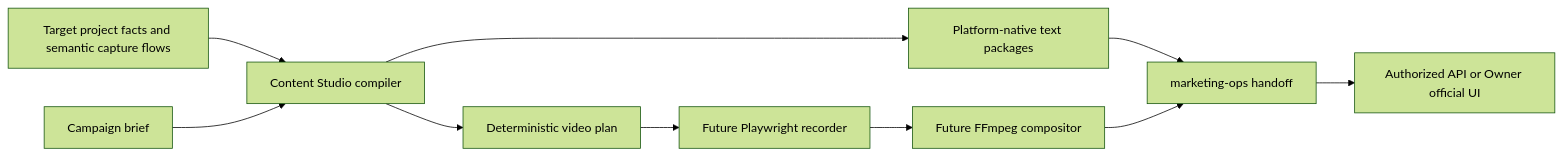
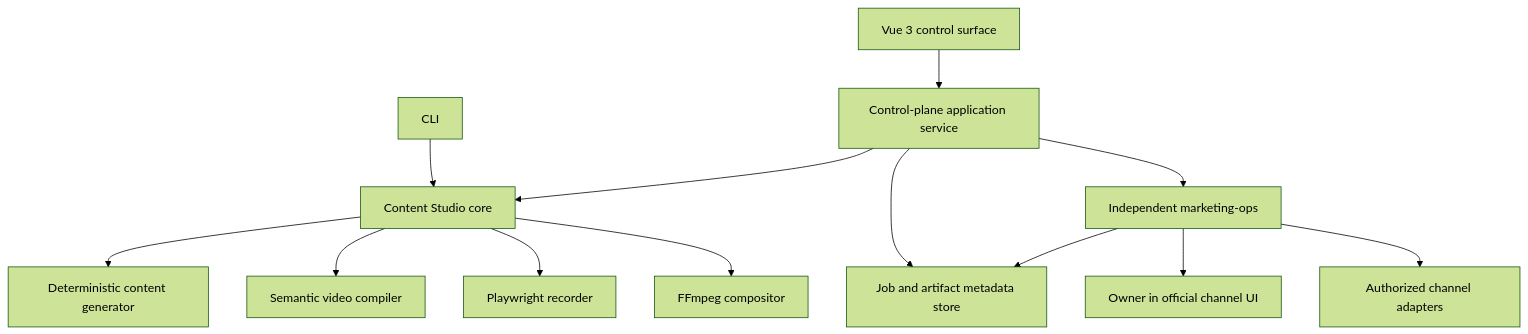
Before and after one commit to IllegalCreed/content-studio: the diagram in docs/architecture.md, drawn with Mermaid (forest theme). The commit also changed other lines of this file and 5 other files, not shown here.

````diff
--- a/docs/architecture.md
+++ b/docs/architecture.md
@@ -5,12 +5,15 @@
 ```mermaid
-flowchart LR
-  P["Target project facts and semantic capture flows"] --> C["Content Studio compiler"]
-  B["Campaign brief"] --> C
-  C --> T["Platform-native text packages"]
-  C --> V["Deterministic video plan"]
-  V --> R["Future Playwright recorder"]
-  R --> F["Future FFmpeg compositor"]
-  T --> M["marketing-ops handoff"]
-  F --> M
-  M --> A["Authorized API or Owner official UI"]
+flowchart TB
+  UI["Vue 3 control surface"] --> API["Control-plane application service"]
+  CLI["CLI"] --> CORE["Content Studio core"]
+  API --> CORE
+  CORE --> GEN["Deterministic content generator"]
+  CORE --> PLAN["Semantic video compiler"]
+  CORE --> REC["Playwright recorder"]
+  CORE --> COMP["FFmpeg compositor"]
+  API --> STORE["Job and artifact metadata store"]
+  API --> MO["Independent marketing-ops"]
+  MO --> OWNER["Owner in official channel UI"]
+  MO --> CH["Authorized channel adapters"]
+  MO --> STORE
 ```
````
